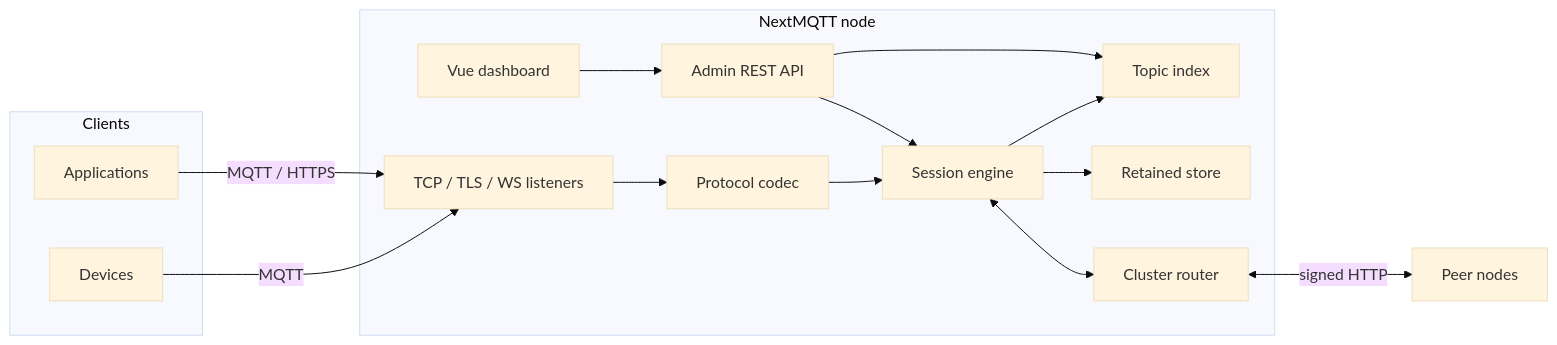
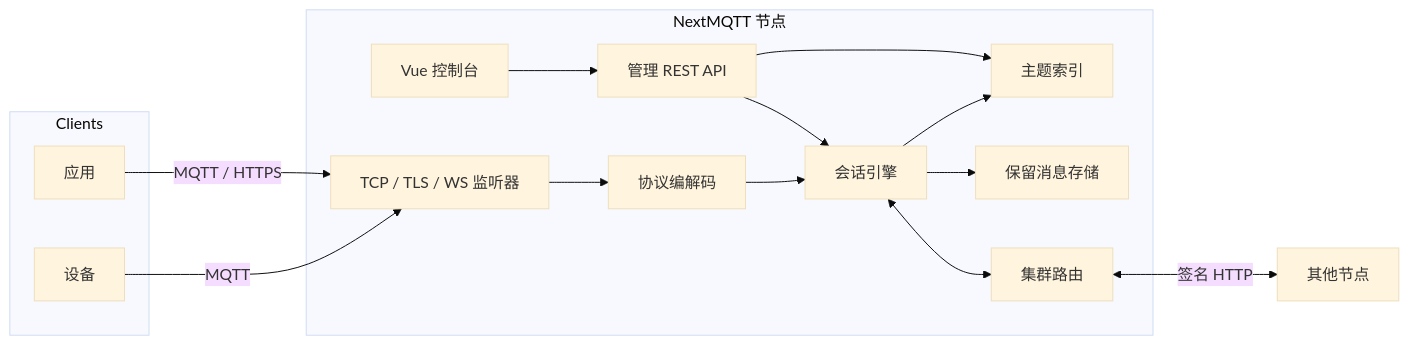
Before and after one commit to cn-cam/next-mqtt: the diagram in README.md, drawn with Mermaid (base theme). The commit also changed other lines of this file and 56 other files, not shown here.

````diff
--- a/README.md
+++ b/README.md
@@ -49,28 +44,28 @@
 ```mermaid
 flowchart LR
   subgraph Clients
-    D[Devices]
-    A[Applications]
+    D[设备]
+    A[应用]
   end
 
-  subgraph Node["NextMQTT node"]
-    L[TCP / TLS / WS listeners]
-    P[Protocol codec]
-    S[Session engine]
-    T[Topic index]
-    R[Retained store]
-    C[Cluster router]
-    API[Admin REST API]
-    UI[Vue dashboard]
+  subgraph Node["NextMQTT 节点"]
+    L[TCP / TLS / WS 监听器]
+    P[协议编解码]
+    S[会话引擎]
+    T[主题索引]
+    R[保留消息存储]
+    C[集群路由]
+    API[管理 REST API]
+    UI[Vue 控制台]
   end
 
   D -->|MQTT| L
   A -->|MQTT / HTTPS| L
   L --> P --> S --> T
   S --> R
   S <--> C
-  C <-->|signed HTTP| Peer[Peer nodes]
+  C <-->|签名 HTTP| Peer[其他节点]
   API --> S
   API --> T
   UI --> API
 ```
````
